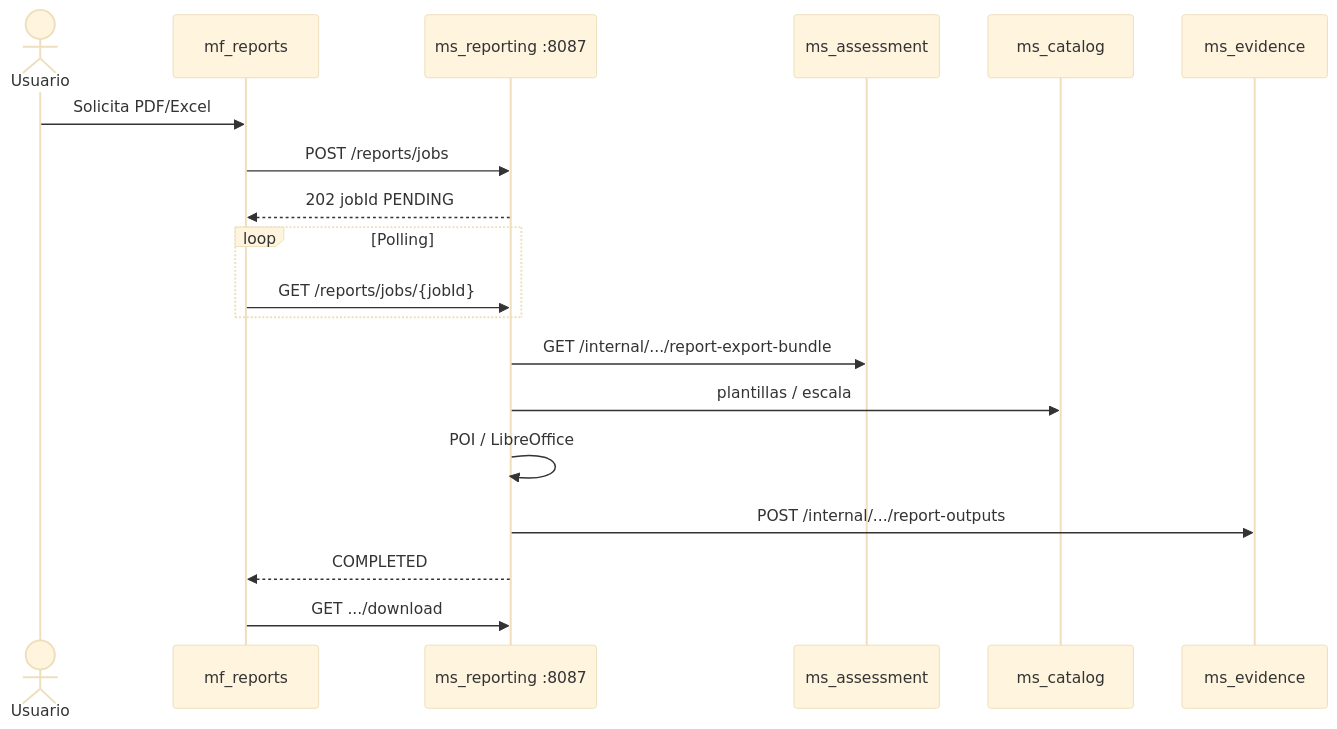
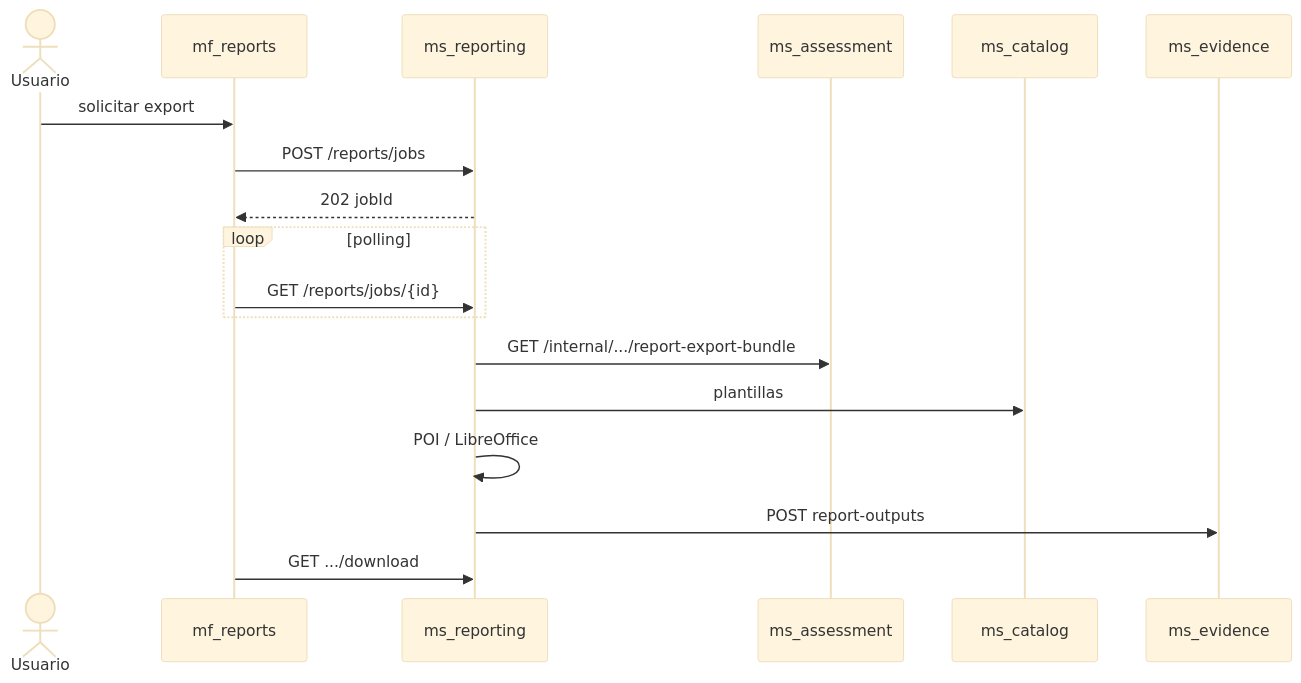
The ninth of 10 diagrams in Documentacion-General/15-Diagramas-C4-y-Secuencias.md (jdtovar07/MSPI_NVA_CO_DOCS), drawn with Mermaid (base theme) before and after one commit. The commit also changed other lines of this file and 1 other file, not shown here.

First line of the commit message:
docs: expand C4, deployment, ER and key sequence diagrams

````diff
--- a/Documentacion-General/15-Diagramas-C4-y-Secuencias.md
+++ b/Documentacion-General/15-Diagramas-C4-y-Secuencias.md
@@ -215,22 +338,21 @@
 ```mermaid
 sequenceDiagram
     actor U as Usuario
-    participant RepUI as mf_reports
-    participant RPT as ms_reporting :8087
+    participant UI as mf_reports
+    participant RPT as ms_reporting
     participant ASM as ms_assessment
     participant CAT as ms_catalog
     participant EVI as ms_evidence
 
-    U->>RepUI: Solicita PDF/Excel
-    RepUI->>RPT: POST /reports/jobs
-    RPT-->>RepUI: 202 jobId PENDING
-    loop Polling
-        RepUI->>RPT: GET /reports/jobs/{jobId}
+    U->>UI: solicitar export
+    UI->>RPT: POST /reports/jobs
+    RPT-->>UI: 202 jobId
+    loop polling
+        UI->>RPT: GET /reports/jobs/{id}
     end
     RPT->>ASM: GET /internal/.../report-export-bundle
-    RPT->>CAT: plantillas / escala
+    RPT->>CAT: plantillas
     RPT->>RPT: POI / LibreOffice
-    RPT->>EVI: POST /internal/.../report-outputs
-    RPT-->>RepUI: COMPLETED
-    RepUI->>RPT: GET .../download
+    RPT->>EVI: POST report-outputs
+    UI->>RPT: GET .../download
 ```
````
